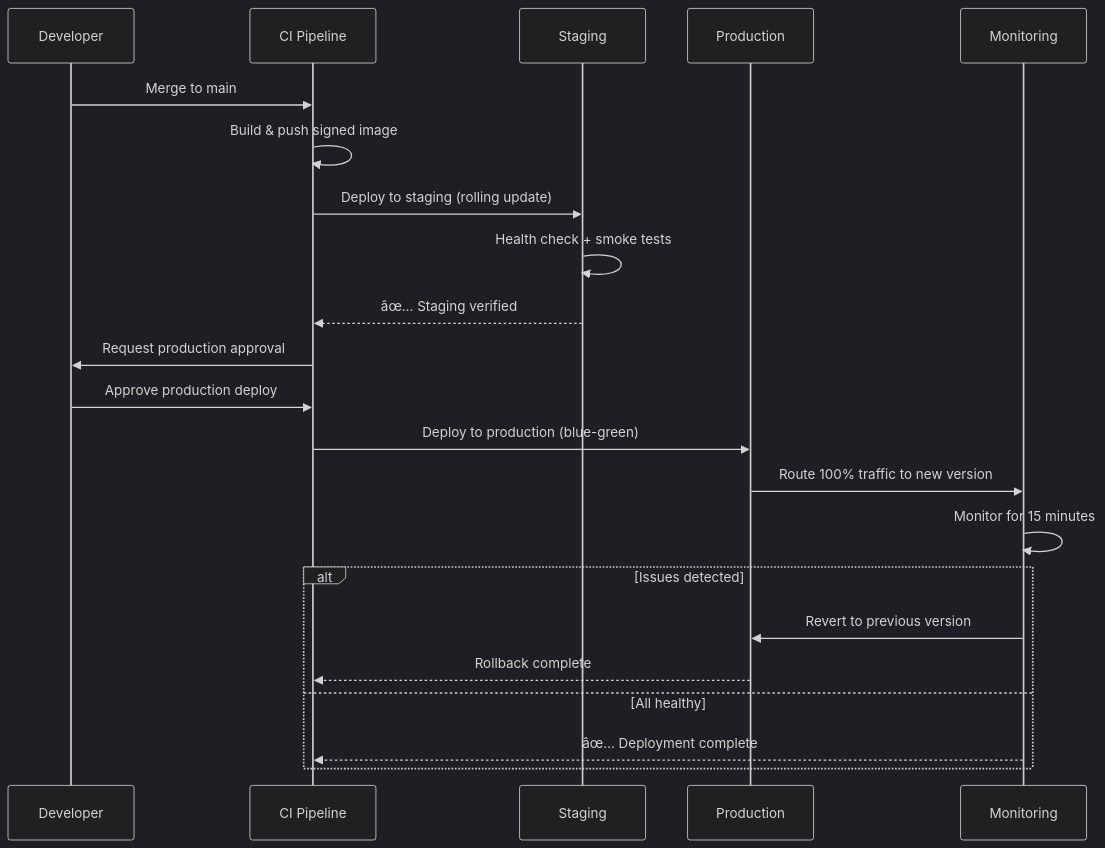
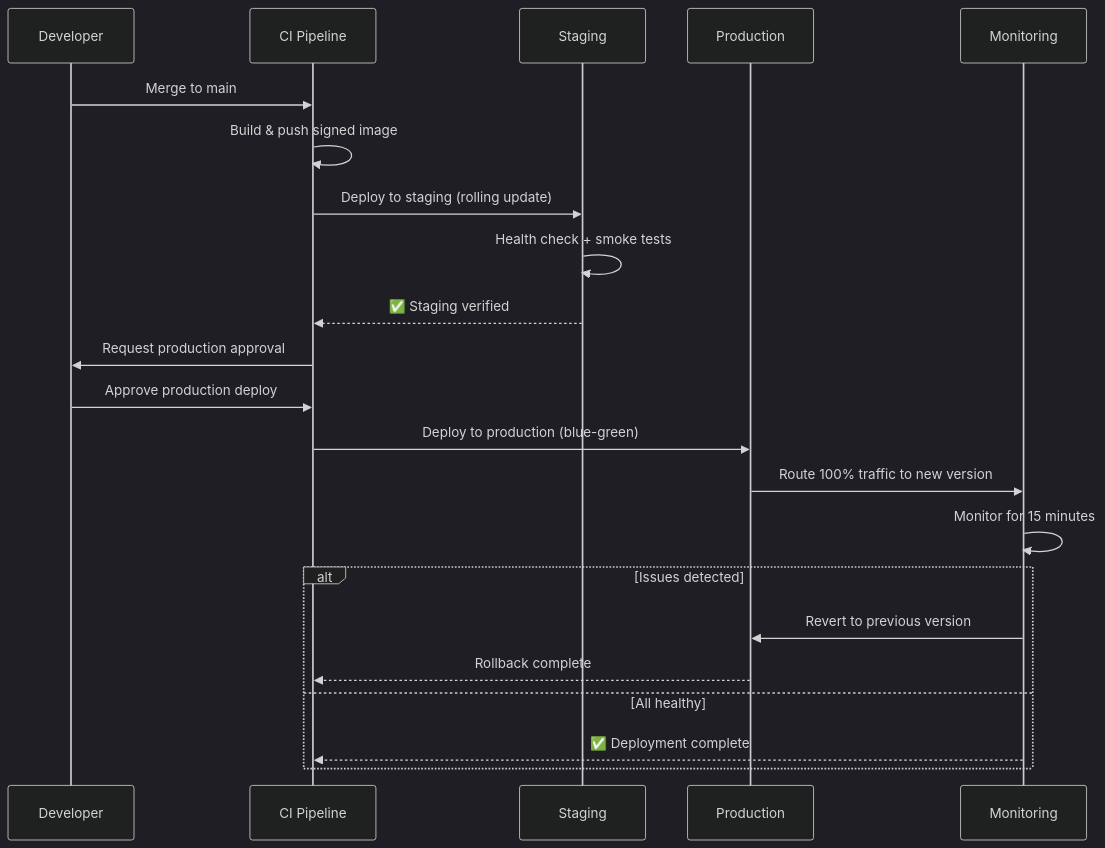
One commit to Driftloom/Vaeloom changed the third of 3 diagrams in Docs/DevOps/Deployment.md. Above: the diagram before and after it, drawn with Mermaid (dark theme). The commit also changed other lines of this file and 12 other files, not shown here.

````diff
--- a/Docs/DevOps/Deployment.md
+++ b/Docs/DevOps/Deployment.md
@@ -397,27 +397,27 @@
 ```mermaid
 sequenceDiagram
     participant DEV as Developer
     participant CI as CI Pipeline
     participant STG as Staging
     participant PROD as Production
     participant MON as Monitoring
 
     DEV->>CI: Merge to main
     CI->>CI: Build & push signed image
     CI->>STG: Deploy to staging (rolling update)
     STG->>STG: Health check + smoke tests
-    STG-->>CI: âœ… Staging verified
+    STG-->>CI: ✅ Staging verified
 
     CI->>DEV: Request production approval
     DEV->>CI: Approve production deploy
 
     CI->>PROD: Deploy to production (blue-green)
     PROD->>MON: Route 100% traffic to new version
     MON->>MON: Monitor for 15 minutes
     alt Issues detected
         MON->>PROD: Revert to previous version
         PROD-->>CI: Rollback complete
     else All healthy
-        MON-->>CI: âœ… Deployment complete
+        MON-->>CI: ✅ Deployment complete
     end
 ```
````
